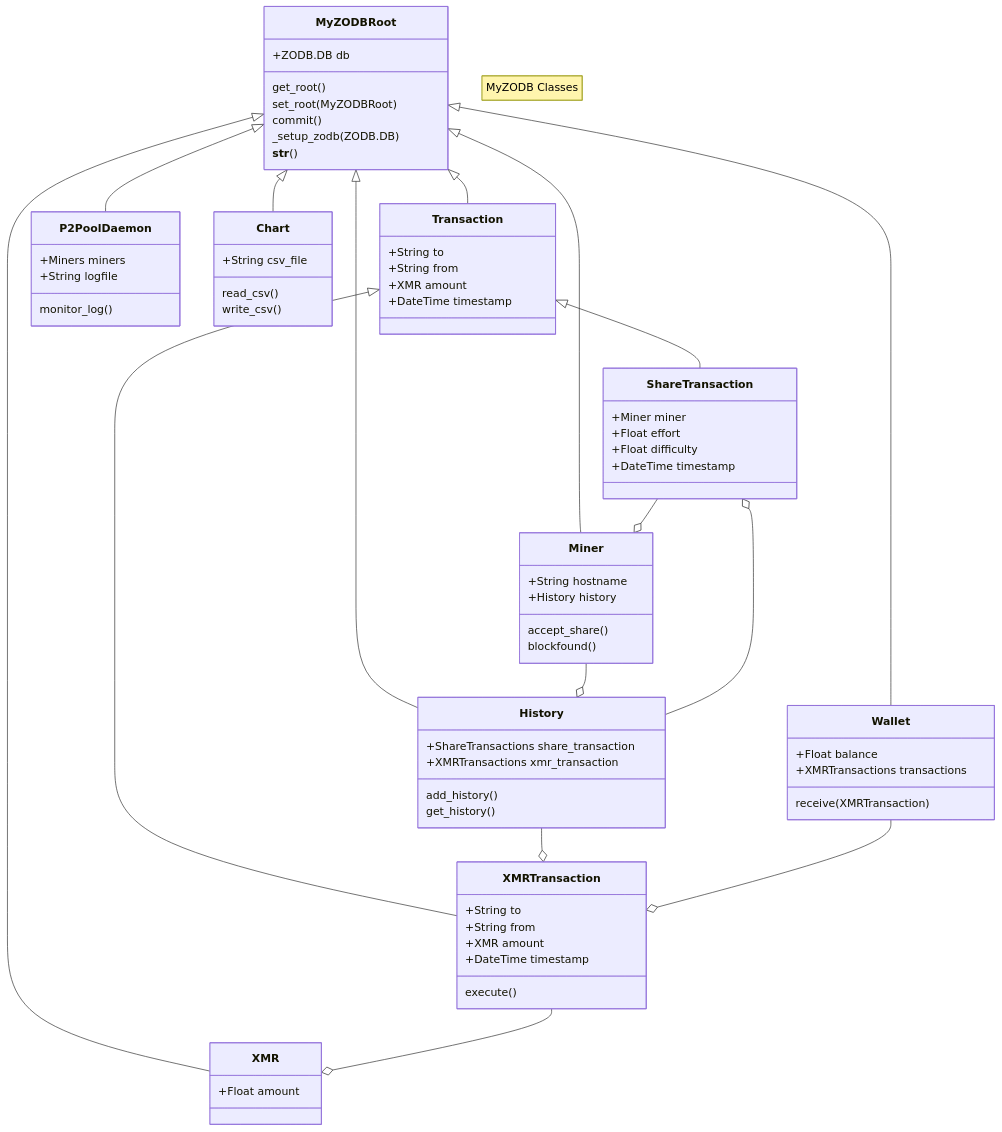
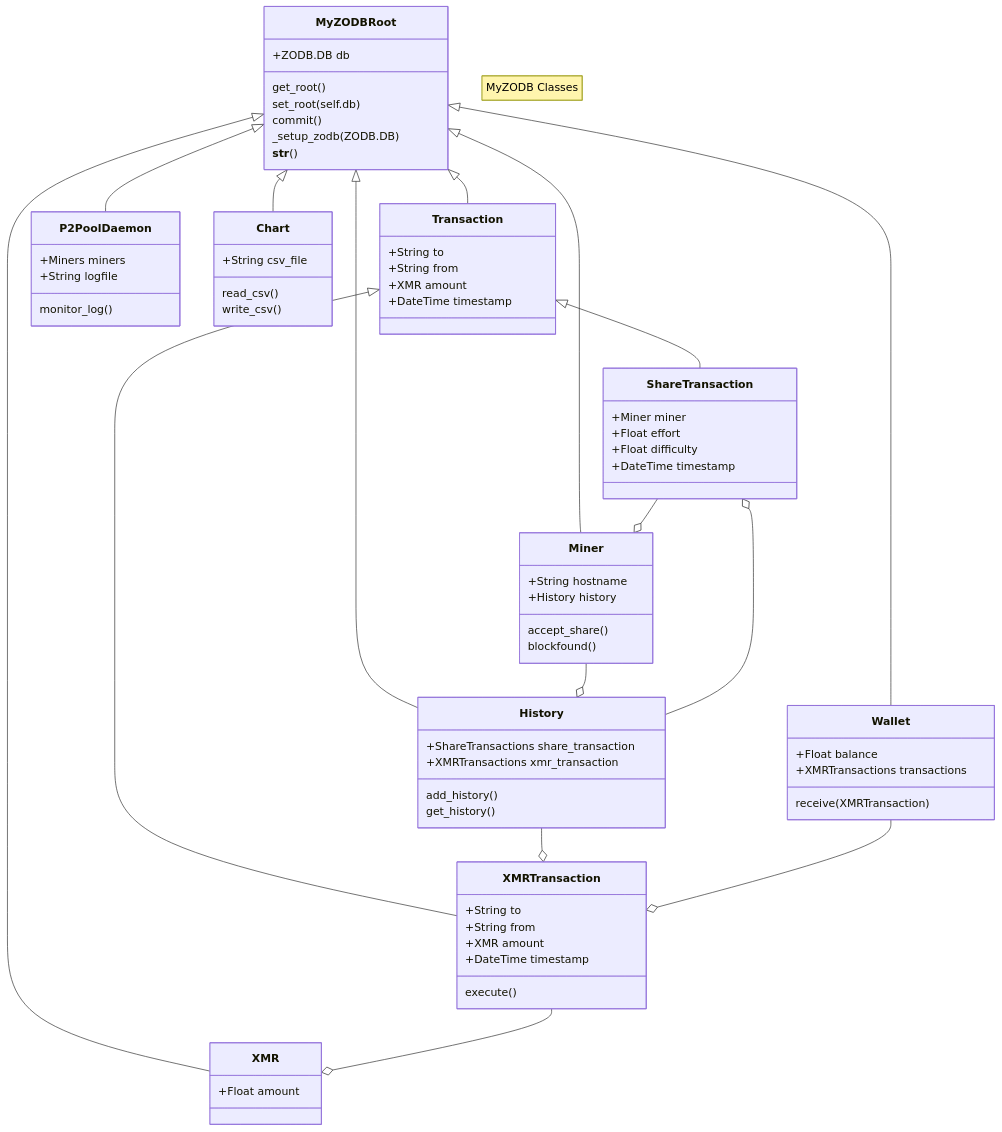
One commit to NadimGhaznavi/myzodb changed the diagram in _posts/2024-06-02-Class-Hierarchy.md. Above: the diagram before and after it, drawn with Mermaid.

```diff
--- a/_posts/2024-06-02-Class-Hierarchy.md
+++ b/_posts/2024-06-02-Class-Hierarchy.md
@@ -9,77 +9,77 @@
 <pre class="mermaid">
   classDiagram
     note "MyZODB Classes"
     MyZODBRoot <|-- XMR
     MyZODBRoot <|-- Transaction
     Transaction <|-- ShareTransaction
     Transaction <|-- XMRTransaction
     MyZODBRoot <|-- Miner
     MyZODBRoot <|-- Wallet
     MyZODBRoot <|-- P2PoolDaemon
     MyZODBRoot <|-- Chart
     MyZODBRoot <|-- History
     Miner --o History
     History --o XMRTransaction
     History --o ShareTransaction
     XMRTransaction --o XMR
     Wallet --o XMRTransaction
     ShareTransaction --o Miner
 
     class Chart{
       +String csv_file
       read_csv()
       write_csv()
     }
     class History{
       +ShareTransactions share_transaction
       +XMRTransactions xmr_transaction
       add_history()
       get_history()
     }
     class Miner{
       +String hostname
       +History history
       accept_share()
       blockfound()
     }
     class MyZODBRoot{
       +ZODB.DB db
       get_root()
-      set_root(MyZODBRoot)
+      set_root(self.db)
       commit()
       _setup_zodb(ZODB.DB)
       __str__()
     }
     class P2PoolDaemon{
       +Miners miners
       +String logfile
       monitor_log()
     }
     class ShareTransaction{
       +Miner miner
       +Float effort
       +Float difficulty
       +DateTime timestamp
     }
     class Transaction{
       +String to
       +String from
       +XMR amount
       +DateTime timestamp
     }
     class Wallet{
       +Float balance
       +XMRTransactions transactions
       receive(XMRTransaction)
     }
     class XMR{
       +Float amount
     }
     class XMRTransaction{
       +String to
       +String from
       +XMR amount
       +DateTime timestamp
       execute()
     }
 </pre>
```
